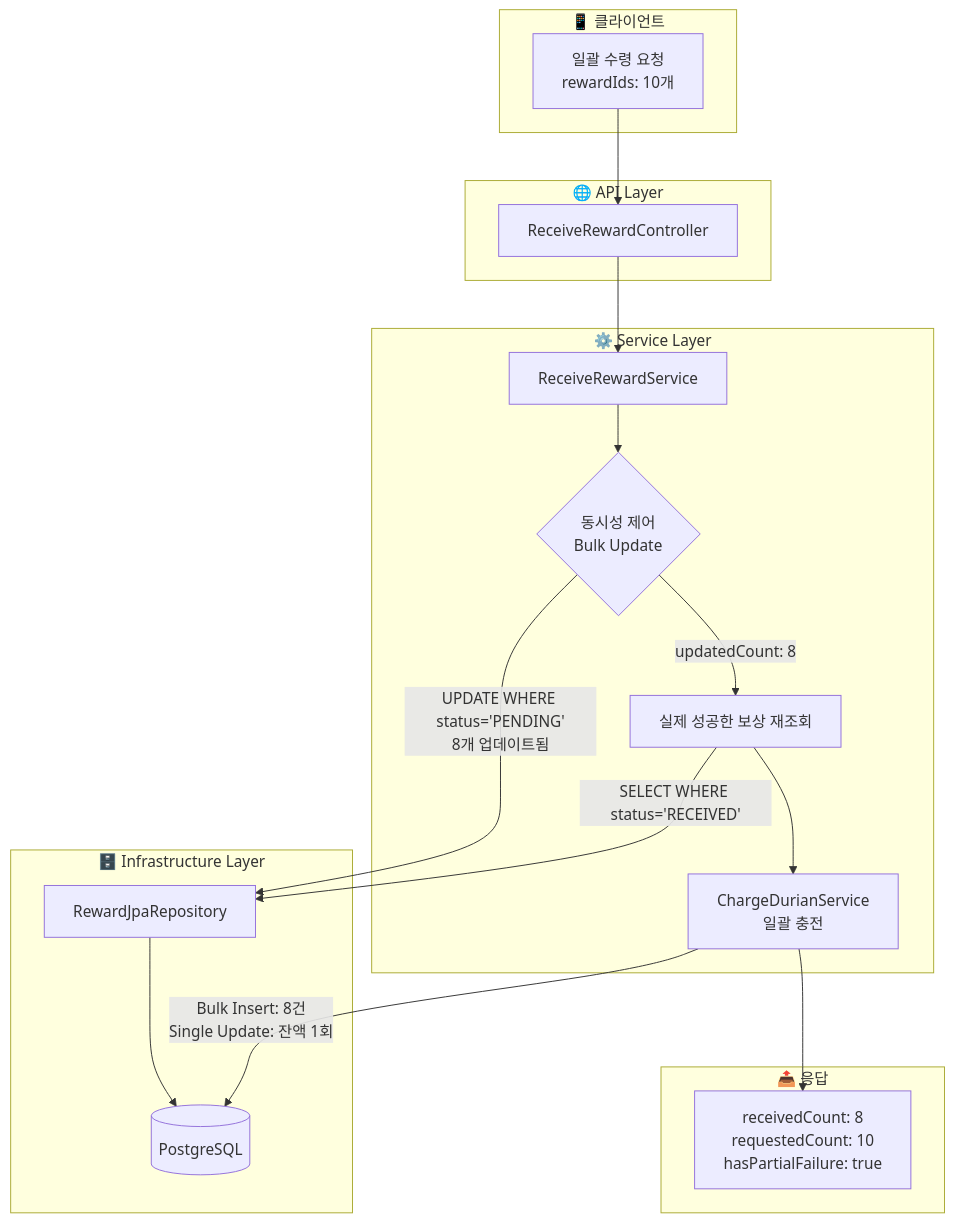
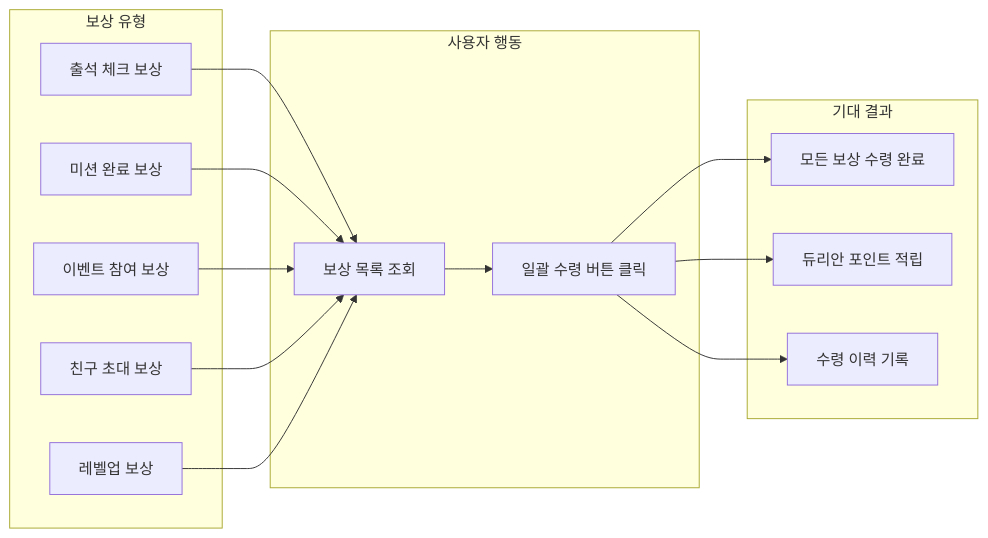
Before and after one commit to jiwon11/jiwon11.github.io: the first of 11 diagrams in _posts/2025-01-23-spring-jpa-bulk-reward-concurrency-control.md, drawn with Mermaid. The commit also changed other lines of this file and 4 other files, not shown here.

````diff
--- a/_posts/2025-01-23-spring-jpa-bulk-reward-concurrency-control.md
+++ b/_posts/2025-01-23-spring-jpa-bulk-reward-concurrency-control.md
@@ -61,38 +62,31 @@
 ```mermaid
-flowchart TB
-    subgraph Client["📱 클라이언트"]
-        A[일괄 수령 요청<br/>rewardIds: 10개]
+graph LR
+    subgraph 보상 유형
+        A[출석 체크 보상]
+        B[미션 완료 보상]
+        C[이벤트 참여 보상]
+        D[친구 초대 보상]
+        E[레벨업 보상]
     end
 
-    subgraph API["🌐 API Layer"]
-        B[ReceiveRewardController]
+    subgraph 사용자 행동
+        F[보상 목록 조회]
+        G[일괄 수령 버튼 클릭]
     end
 
-    subgraph Service["⚙️ Service Layer"]
-        C[ReceiveRewardService]
-        D{동시성 제어<br/>Bulk Update}
-        E[실제 성공한 보상 재조회]
-        F[ChargeDurianService<br/>일괄 충전]
+    subgraph 기대 결과
+        H[모든 보상 수령 완료]
+        I[듀리안 포인트 적립]
+        J[수령 이력 기록]
     end
 
-    subgraph Infra["🗄️ Infrastructure Layer"]
-        G[(PostgreSQL)]
-        H[RewardJpaRepository]
-    end
-
-    A --> B
-    B --> C
-    C --> D
-    D -->|"UPDATE WHERE status='PENDING'<br/>8개 업데이트됨"| H
-    H --> G
-    D -->|updatedCount: 8| E
-    E -->|"SELECT WHERE status='RECEIVED'"| H
+    A --> F
+    B --> F
+    C --> F
+    D --> F
     E --> F
-    F -->|"Bulk Insert: 8건<br/>Single Update: 잔액 1회"| G
-    
-    subgraph Response["📤 응답"]
-        I["receivedCount: 8<br/>requestedCount: 10<br/>hasPartialFailure: true"]
-    end
-    
-    F --> I
+    F --> G
+    G --> H
+    G --> I
+    G --> J
 ```
````
